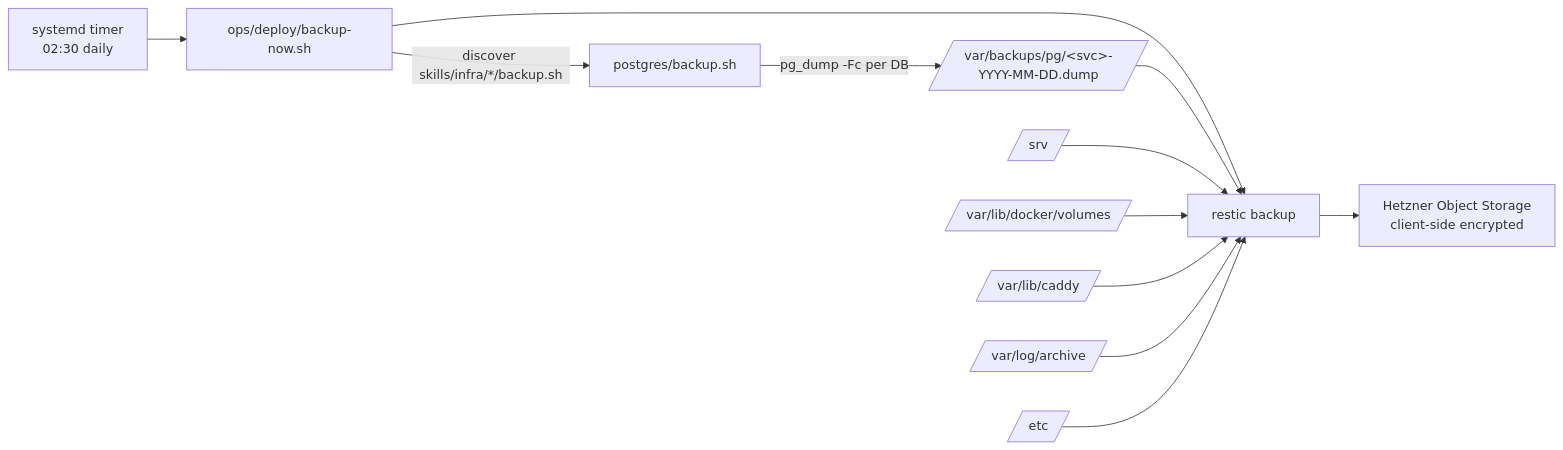
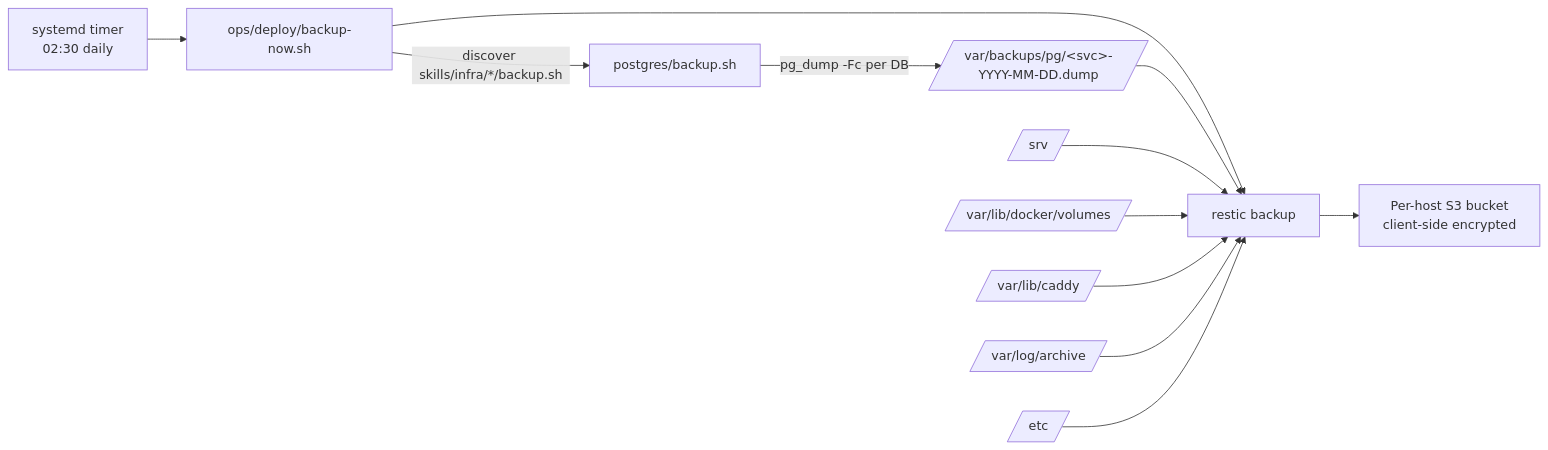
Before and after one commit to tomspiegl/hetzbot: the diagram in docs/backups.md, drawn with Mermaid. The commit also changed 11 other files, not shown here.

First line of the commit message:
Per-host backup buckets, sshd hardening, docs overhaul

````diff
--- a/docs/backups.md
+++ b/docs/backups.md
@@ -7,14 +7,14 @@
 ```mermaid
 graph LR
     T[systemd timer<br/>02:30 daily] --> BN[ops/deploy/backup-now.sh]
     BN -->|discover skills/infra/#42;/backup.sh| PGH[postgres/backup.sh]
     PGH -->|pg_dump -Fc per DB| D[/var/backups/pg/&lt;svc&gt;-YYYY-MM-DD.dump/]
     BN --> R[restic backup]
     D --> R
     SRV[/srv/] --> R
     DV[/var/lib/docker/volumes/] --> R
     CD[/var/lib/caddy/] --> R
     LOG[/var/log/archive/] --> R
     ETC[/etc/] --> R
-    R --> OS[Hetzner Object Storage<br/>client-side encrypted]
+    R --> OS[Per-host S3 bucket<br/>client-side encrypted]
 ```
````
